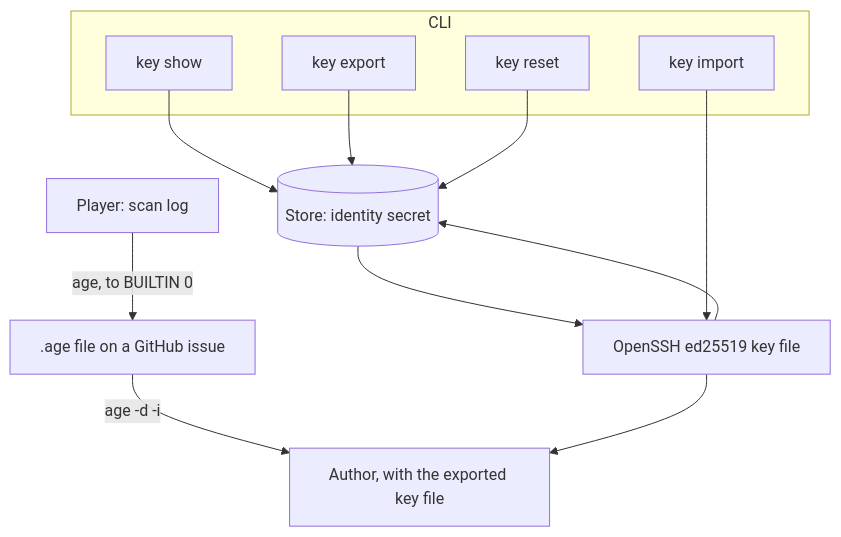
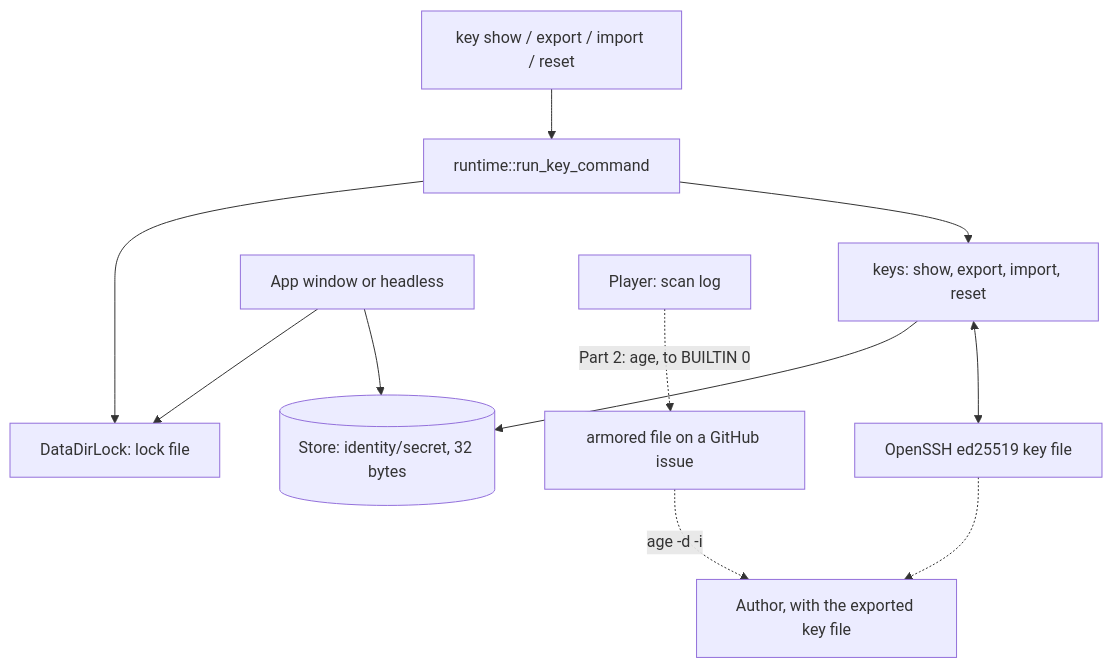
Before and after one commit to phughk/forever-together: the diagram in docs/egm/0043-key-management/design_draft.md, drawn with Mermaid. The commit also changed other lines of this file and 4 other files, not shown here.

Commit message:
egm(0043): revise the design draft against review round 1 (risks, CLI spec, keys contract, tests, file rows)

````diff
--- a/docs/egm/0043-key-management/design_draft.md
+++ b/docs/egm/0043-key-management/design_draft.md
@@ -77,18 +68,13 @@
 ```mermaid
 flowchart TD
-    subgraph CLI
-        S[key show]
-        E[key export]
-        I[key import]
-        R[key reset]
-    end
-    ST[(Store: identity secret)]
-    F[OpenSSH ed25519 key file]
-    S --> ST
-    E --> ST --> F
-    I --> F --> ST
-    R --> ST
-    PL[Player: scan log] -->|age, to BUILTIN 0| X[.age file on a GitHub issue]
-    X -->|age -d -i| A[Author, with the exported key file]
-    F --> A
+    CLI[key show / export / import / reset] --> RUN[runtime::run_key_command]
+    RUN --> LOCK[DataDirLock: lock file]
+    RUN --> KEYS[keys: show, export, import, reset]
+    KEYS --> ST[(Store: identity/secret, 32 bytes)]
+    KEYS <--> F[OpenSSH ed25519 key file]
+    APP[App window or headless] --> LOCK
+    APP --> ST
+    PL[Player: scan log] -.->|Part 2: age, to BUILTIN 0| X[armored file on a GitHub issue]
+    X -.->|age -d -i| A[Author, with the exported key file]
+    F -.-> A
 ```
````
